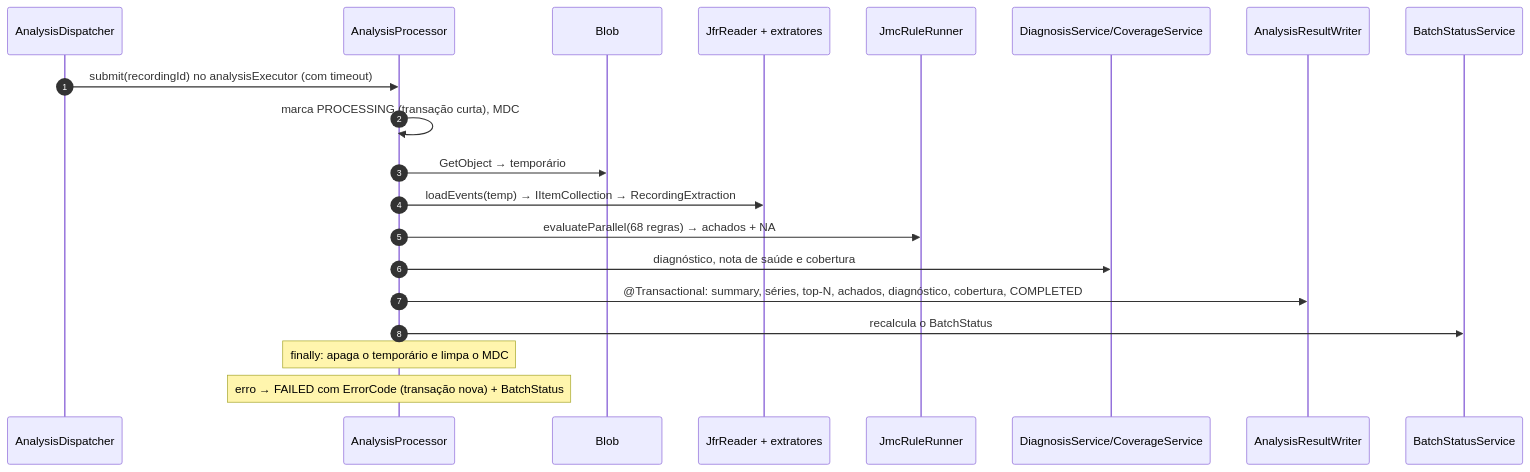
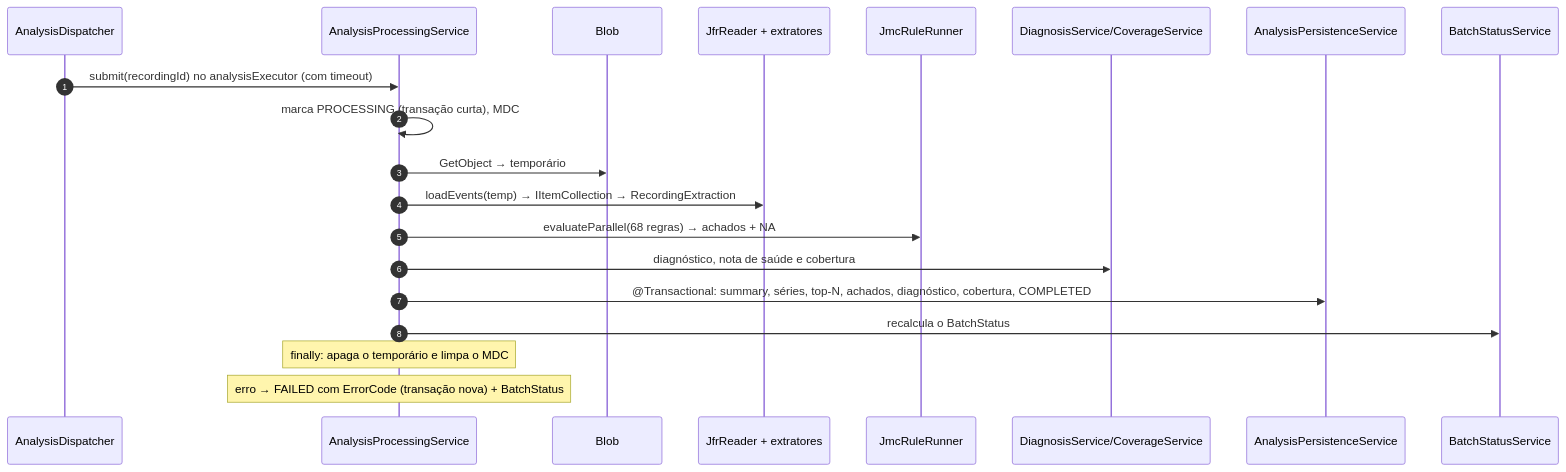
The second of 2 diagrams in .spec/0.1.0/plan.md (MaiconThales/jmc-ai-analyzer-api), drawn with Mermaid before and after one commit. The commit also changed other lines of this file and 242 other files, not shown here.

````diff
--- a/.spec/0.1.0/plan.md
+++ b/.spec/0.1.0/plan.md
@@ -153,23 +160,23 @@
 ```mermaid
 sequenceDiagram
     autonumber
     participant AD as AnalysisDispatcher
-    participant AP as AnalysisProcessor
+    participant AP as AnalysisProcessingService
     participant BL as Blob
     participant JR as JfrReader + extratores
     participant RR as JmcRuleRunner
     participant DG as DiagnosisService/CoverageService
-    participant W as AnalysisResultWriter
+    participant W as AnalysisPersistenceService
     participant BS as BatchStatusService
 
     AD->>AP: submit(recordingId) no analysisExecutor (com timeout)
     AP->>AP: marca PROCESSING (transação curta), MDC
     AP->>BL: GetObject → temporário
     AP->>JR: loadEvents(temp) → IItemCollection → RecordingExtraction
     AP->>RR: evaluateParallel(68 regras) → achados + NA
     AP->>DG: diagnóstico, nota de saúde e cobertura
     AP->>W: @Transactional: summary, séries, top-N, achados, diagnóstico, cobertura, COMPLETED
     AP->>BS: recalcula o BatchStatus
     Note over AP: finally: apaga o temporário e limpa o MDC
     Note over AP: erro → FAILED com ErrorCode (transação nova) + BatchStatus
 ```
````
